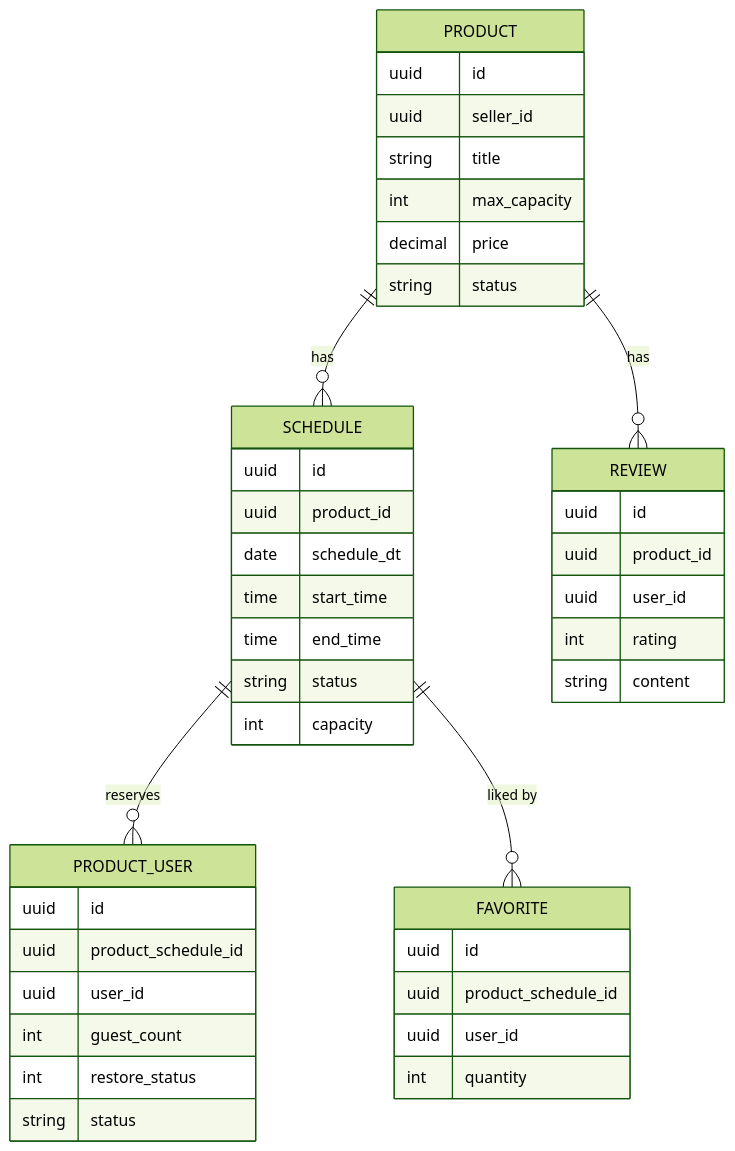
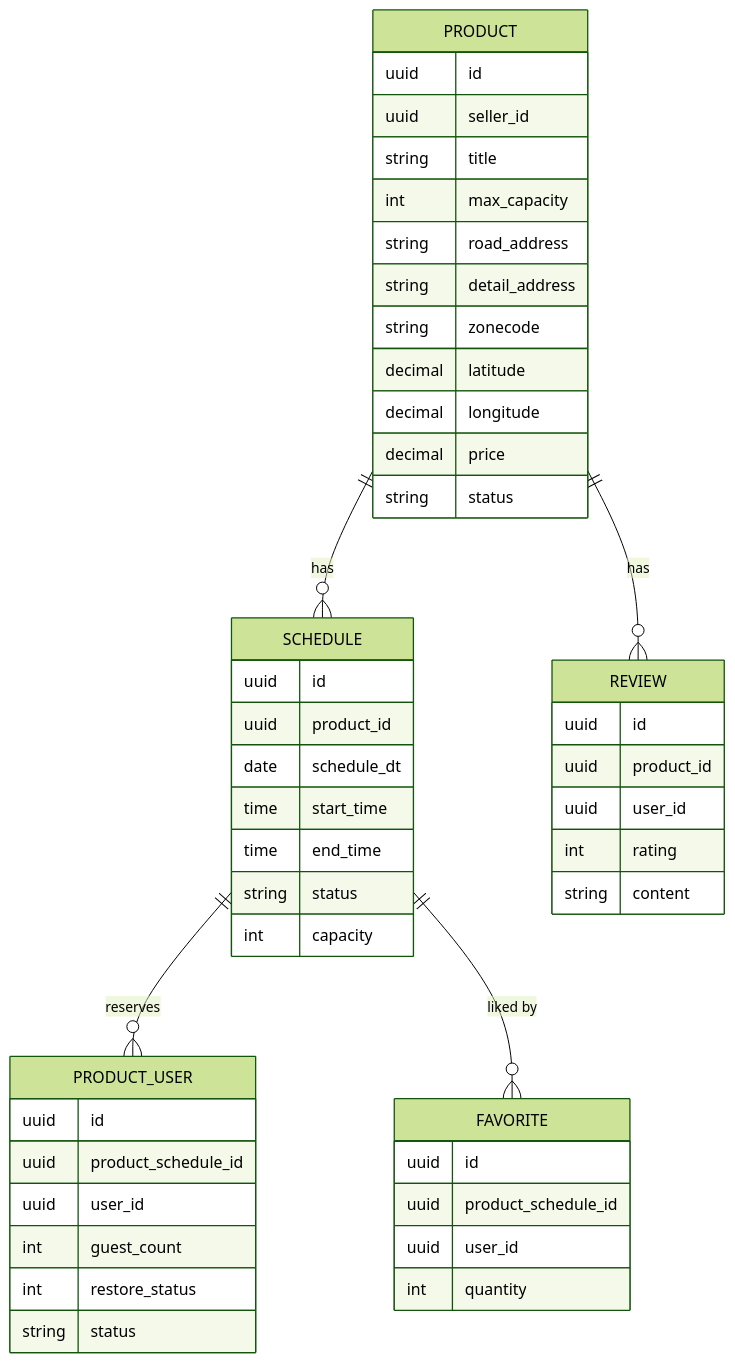
One commit to prgrms-be-adv-devcourse/beadv5_5_ChamomileChicken_BE changed the diagram in docs/product/product-schema.md. Above: the diagram before and after it, drawn with Mermaid (forest theme). The commit also changed other lines of this file and 1 other file, not shown here.

````diff
--- a/docs/product/product-schema.md
+++ b/docs/product/product-schema.md
@@ -206,50 +212,55 @@
 ```mermaid
 erDiagram
     PRODUCT ||--o{ SCHEDULE : "has"
     PRODUCT ||--o{ REVIEW : "has"
     SCHEDULE ||--o{ PRODUCT_USER : "reserves"
     SCHEDULE ||--o{ FAVORITE : "liked by"
 
     PRODUCT {
         uuid id
         uuid seller_id
         string title
         int max_capacity
+        string road_address
+        string detail_address
+        string zonecode
+        decimal latitude
+        decimal longitude
         decimal price
         string status
     }
 
     SCHEDULE {
         uuid id
         uuid product_id
         date schedule_dt
         time start_time
         time end_time
         string status
         int capacity
     }
 
     PRODUCT_USER {
         uuid id
         uuid product_schedule_id
         uuid user_id
         int guest_count
         int restore_status
         string status
     }
 
     REVIEW {
         uuid id
         uuid product_id
         uuid user_id
         int rating
         string content
     }
 
     FAVORITE {
         uuid id
         uuid product_schedule_id
         uuid user_id
         int quantity
     }
 ```
````
